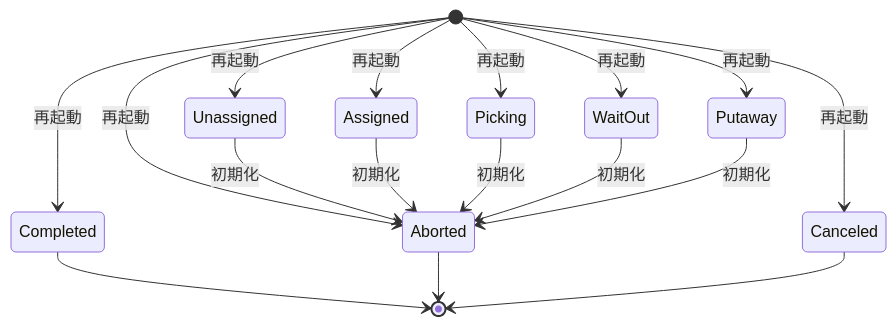
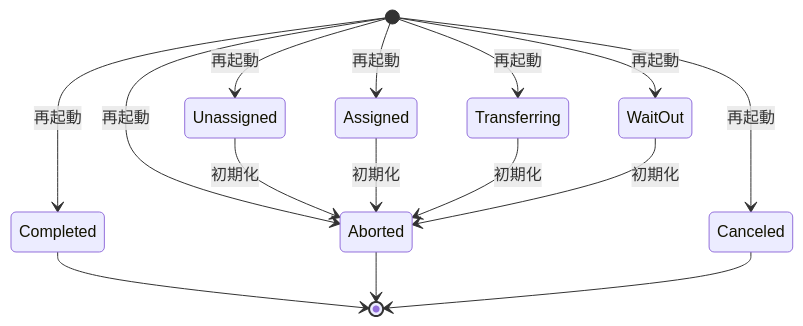
One commit to YE0250OCHI/FinalAssignment_TeamA changed the third of 3 diagrams in docs/server/job_rules.md. Above: the diagram before and after it, drawn with Mermaid. The commit also changed other lines of this file, not shown here.

````diff
--- a/docs/server/job_rules.md
+++ b/docs/server/job_rules.md
@@ -198,23 +197,21 @@
 ``` mermaid
 stateDiagram-v2
 
 [*] --> Unassigned : 再起動
 [*] --> Assigned : 再起動
-[*] --> Picking : 再起動
+[*] --> Transferring : 再起動
 [*] --> WaitOut : 再起動
-[*] --> Putaway : 再起動
 
 [*] --> Completed : 再起動
 [*] --> Aborted : 再起動
 [*] --> Canceled : 再起動
 
 Unassigned --> Aborted: 初期化
 Assigned --> Aborted: 初期化
-Picking --> Aborted: 初期化
+Transferring --> Aborted: 初期化
 WaitOut --> Aborted: 初期化
-Putaway --> Aborted: 初期化
 
 Completed --> [*]
 Aborted --> [*]
 Canceled --> [*]
 ```
````
